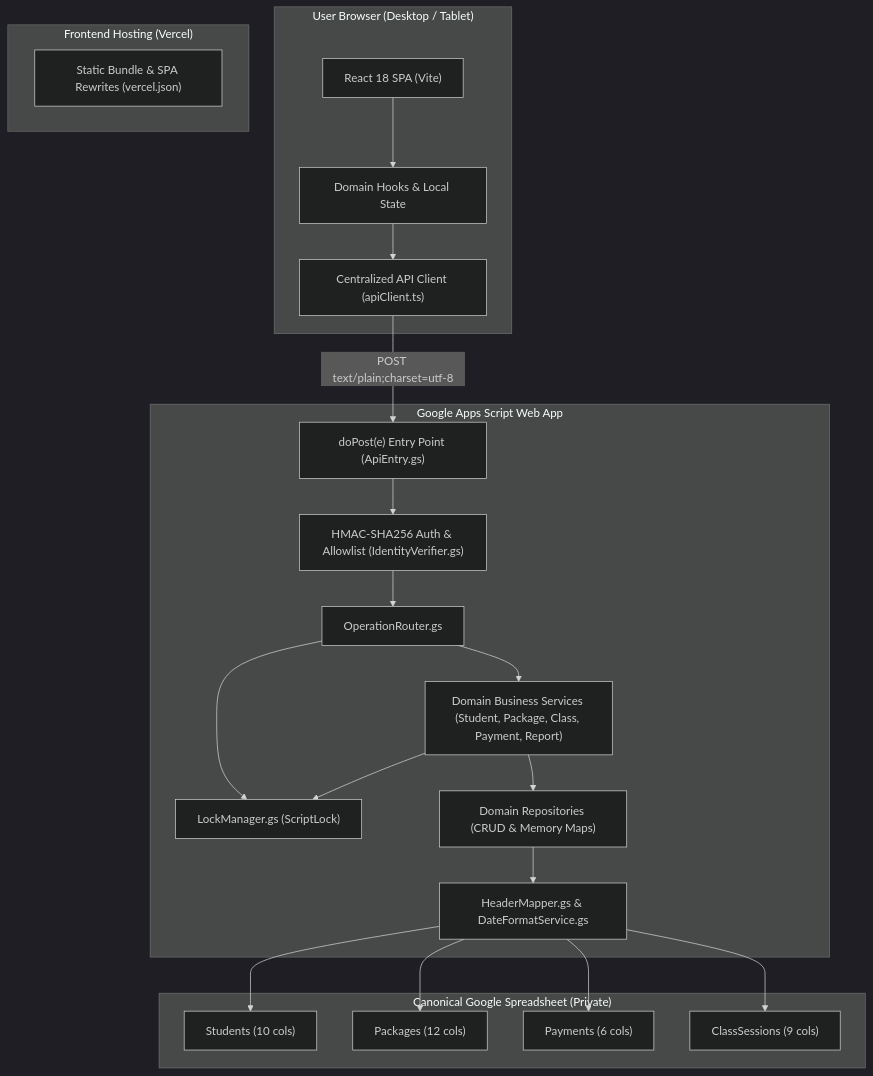
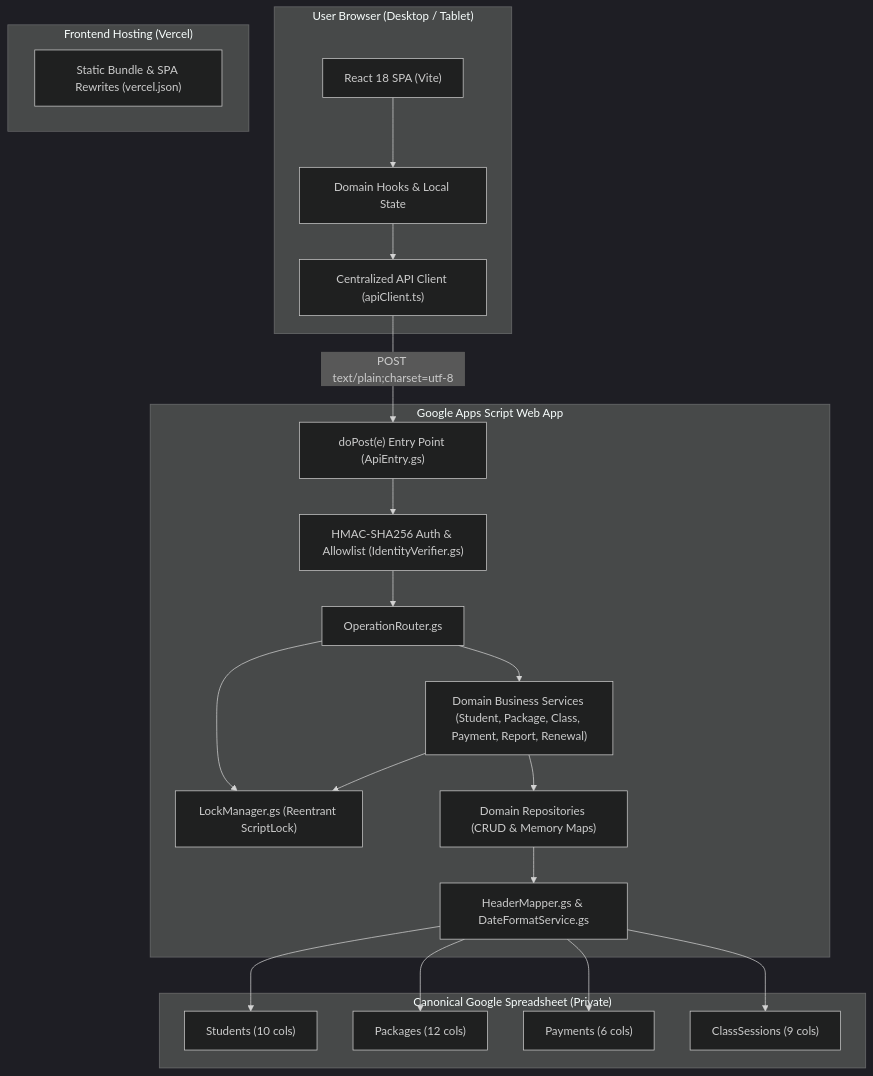
One commit to Shreya5296/Class-Diary changed the first of 4 diagrams in 00-documentation/02-system-architecture.md. Above: the diagram before and after it, drawn with Mermaid (dark theme). The commit also changed other lines of this file and 57 other files, not shown here.

Commit message:
docs: reconcile project documentation with current architecture

````diff
--- a/00-documentation/02-system-architecture.md
+++ b/00-documentation/02-system-architecture.md
@@ -31,44 +36,44 @@
 ```mermaid
 flowchart TD
     subgraph Browser["User Browser (Desktop / Tablet)"]
         UI["React 18 SPA (Vite)"]
         State["Domain Hooks & Local State"]
         APIClient["Centralized API Client (apiClient.ts)"]
     end
 
     subgraph Hosting["Frontend Hosting (Vercel)"]
         VercelSPA["Static Bundle & SPA Rewrites (vercel.json)"]
     end
 
     subgraph Backend["Google Apps Script Web App"]
         DoPost["doPost(e) Entry Point (ApiEntry.gs)"]
         AuthGuards["HMAC-SHA256 Auth & Allowlist (IdentityVerifier.gs)"]
         Router["OperationRouter.gs"]
-        Services["Domain Business Services (Student, Package, Class, Payment, Report)"]
-        LockMgr["LockManager.gs (ScriptLock)"]
+        Services["Domain Business Services (Student, Package, Class, Payment, Report, Renewal)"]
+        LockMgr["LockManager.gs (Reentrant ScriptLock)"]
         Repositories["Domain Repositories (CRUD & Memory Maps)"]
         SheetsAccess["HeaderMapper.gs & DateFormatService.gs"]
     end
 
     subgraph Datastore["Canonical Google Spreadsheet (Private)"]
         T1["Students (10 cols)"]
         T2["Packages (12 cols)"]
         T3["Payments (6 cols)"]
         T4["ClassSessions (9 cols)"]
     end
 
     UI --> State
     State --> APIClient
     APIClient -- "POST text/plain;charset=utf-8" --> DoPost
     DoPost --> AuthGuards
     AuthGuards --> Router
     Router --> Services
     Router --> LockMgr
     Services --> LockMgr
     Services --> Repositories
     Repositories --> SheetsAccess
     SheetsAccess --> T1
     SheetsAccess --> T2
     SheetsAccess --> T3
     SheetsAccess --> T4
 ```
````
